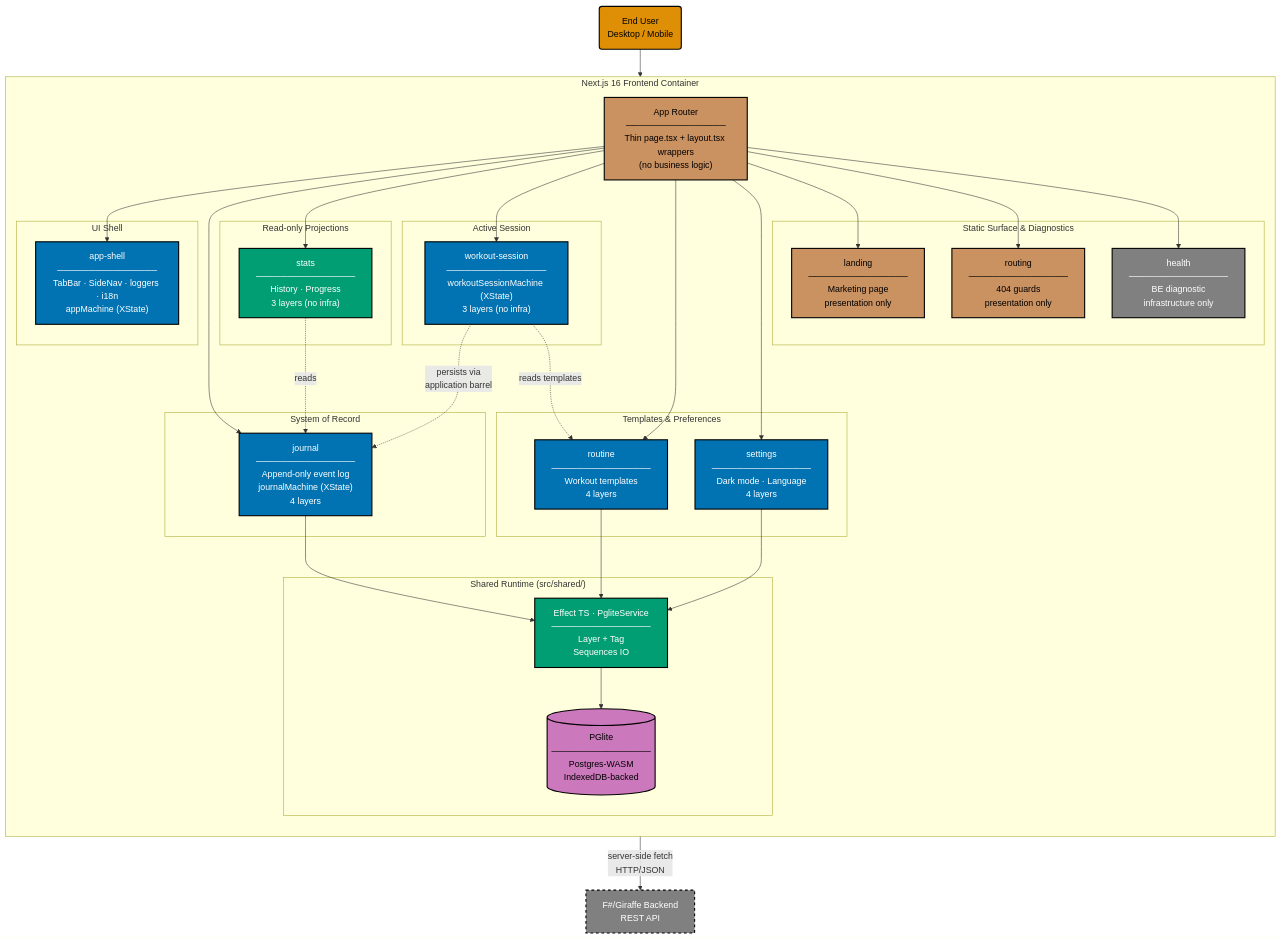
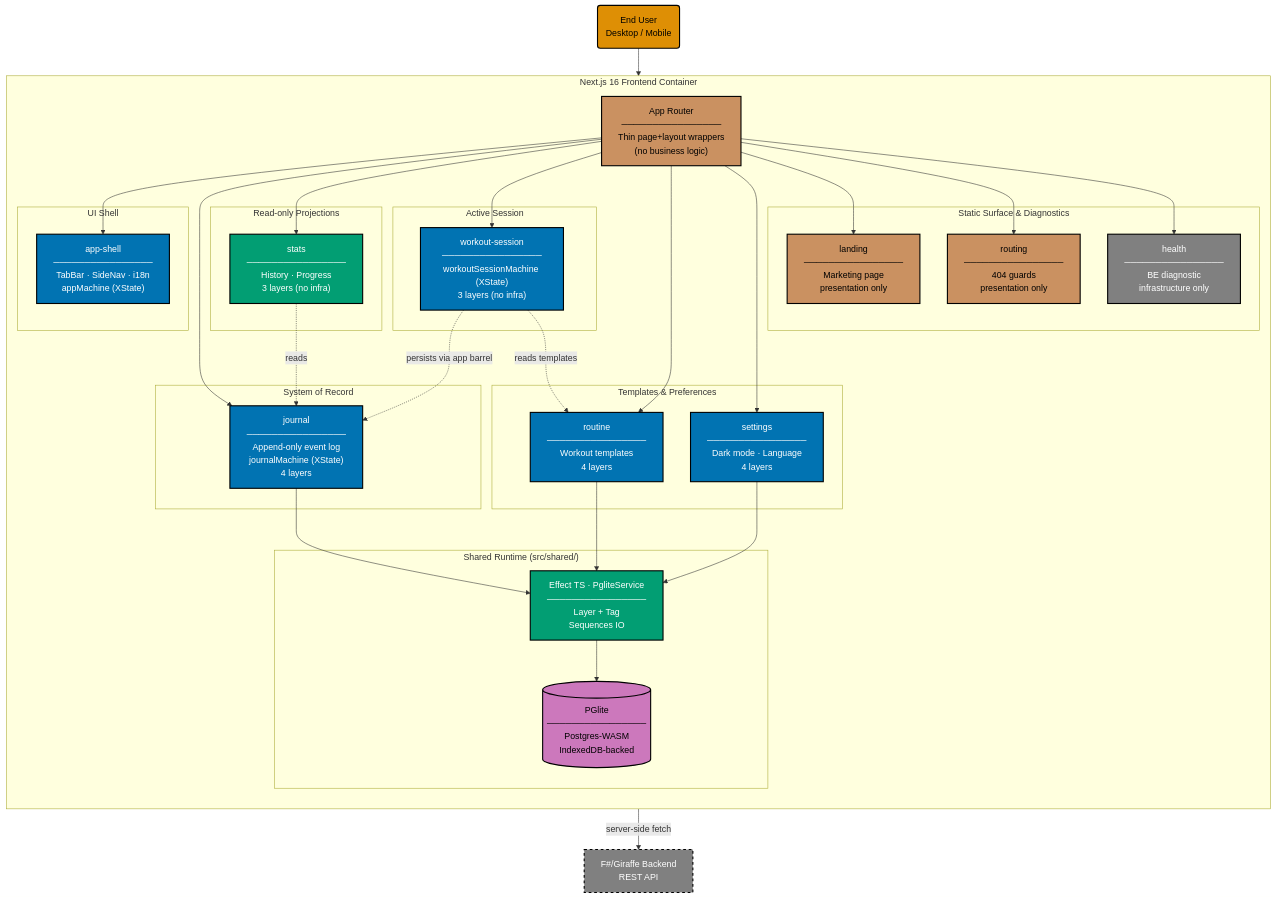
The diagram in specs/apps/organiclever/components/web/component-web.md (wahidyankf/open-sharia-enterprise), drawn with Mermaid before and after one commit. The commit also changed 2 other files, not shown here.

````diff
--- a/specs/apps/organiclever/components/web/component-web.md
+++ b/specs/apps/organiclever/components/web/component-web.md
@@ -26,78 +26,78 @@
 ```mermaid
 %% Color Palette: Blue #0173B2 | Orange #DE8F05 | Teal #029E73 | Purple #CC78BC | Brown #CA9161 | Gray #808080
 graph TD
     EU("End User<br/>Desktop / Mobile"):::actor
 
     subgraph FE["Next.js 16 Frontend Container"]
         direction TB
 
-        ROUTER["App Router<br/>────────────────<br/>Thin page.tsx + layout.tsx wrappers<br/>(no business logic)"]:::router
+        ROUTER["App Router<br/>────────────────<br/>Thin page+layout wrappers<br/>(no business logic)"]:::router
 
         subgraph SHELL["UI Shell"]
-            APPSHELL["app-shell<br/>────────────────<br/>TabBar · SideNav · loggers · i18n<br/>appMachine (XState)"]:::context
+            APPSHELL["app-shell<br/>────────────────<br/>TabBar · SideNav · i18n<br/>appMachine (XState)"]:::context
         end
 
         subgraph SOR["System of Record"]
             JOURNAL["journal<br/>────────────────<br/>Append-only event log<br/>journalMachine (XState)<br/>4 layers"]:::context_data
         end
 
         subgraph DERIVED["Read-only Projections"]
             STATS["stats<br/>────────────────<br/>History · Progress<br/>3 layers (no infra)"]:::context_ro
         end
 
         subgraph SESSION["Active Session"]
             WORKOUT["workout-session<br/>────────────────<br/>workoutSessionMachine (XState)<br/>3 layers (no infra)"]:::context
         end
 
         subgraph TEMPLATES["Templates &amp; Preferences"]
             ROUTINE["routine<br/>────────────────<br/>Workout templates<br/>4 layers"]:::context_data
             SETTINGS["settings<br/>────────────────<br/>Dark mode · Language<br/>4 layers"]:::context_data
         end
 
         subgraph SURFACE["Static Surface &amp; Diagnostics"]
             LANDING["landing<br/>────────────────<br/>Marketing page<br/>presentation only"]:::context_ui
             ROUTING["routing<br/>────────────────<br/>404 guards<br/>presentation only"]:::context_ui
             HEALTH["health<br/>────────────────<br/>BE diagnostic<br/>infrastructure only"]:::context_infra
         end
 
         subgraph SHARED["Shared Runtime (src/shared/)"]
             PGLITE[("PGlite<br/>────────────────<br/>Postgres-WASM<br/>IndexedDB-backed")]:::storage
             EFFECT["Effect TS · PgliteService<br/>────────────────<br/>Layer + Tag<br/>Sequences IO"]:::runtime
         end
     end
 
     BE["F#/Giraffe Backend<br/>REST API"]:::external
 
     EU --> ROUTER
     ROUTER --> APPSHELL
     ROUTER --> JOURNAL
     ROUTER --> STATS
     ROUTER --> WORKOUT
     ROUTER --> ROUTINE
     ROUTER --> SETTINGS
     ROUTER --> LANDING
     ROUTER --> ROUTING
     ROUTER --> HEALTH
 
     JOURNAL --> EFFECT
     ROUTINE --> EFFECT
     SETTINGS --> EFFECT
     EFFECT --> PGLITE
 
-    STATS -.->|"reads"| JOURNAL
-    WORKOUT -.->|"persists via<br/>application barrel"| JOURNAL
-    WORKOUT -.->|"reads templates"| ROUTINE
+    STATS -. "reads" .-> JOURNAL
+    WORKOUT -. "persists via app barrel" .-> JOURNAL
+    WORKOUT -. "reads templates" .-> ROUTINE
 
-    HEALTH -->|"server-side fetch<br/>HTTP/JSON"| BE
+    HEALTH -- "server-side fetch" --> BE
 
     classDef actor fill:#DE8F05,stroke:#000000,color:#000000,stroke-width:2px
     classDef router fill:#CA9161,stroke:#000000,color:#000000,stroke-width:2px
     classDef context fill:#0173B2,stroke:#000000,color:#FFFFFF,stroke-width:2px
     classDef context_data fill:#0173B2,stroke:#000000,color:#FFFFFF,stroke-width:2px
     classDef context_ro fill:#029E73,stroke:#000000,color:#FFFFFF,stroke-width:2px
     classDef context_ui fill:#CA9161,stroke:#000000,color:#000000,stroke-width:2px
     classDef context_infra fill:#808080,stroke:#000000,color:#FFFFFF,stroke-width:2px
     classDef runtime fill:#029E73,stroke:#000000,color:#FFFFFF,stroke-width:2px
     classDef storage fill:#CC78BC,stroke:#000000,color:#000000,stroke-width:2px
     classDef external fill:#808080,stroke:#000000,color:#FFFFFF,stroke-width:2px,stroke-dasharray:5 5
 ```
````
